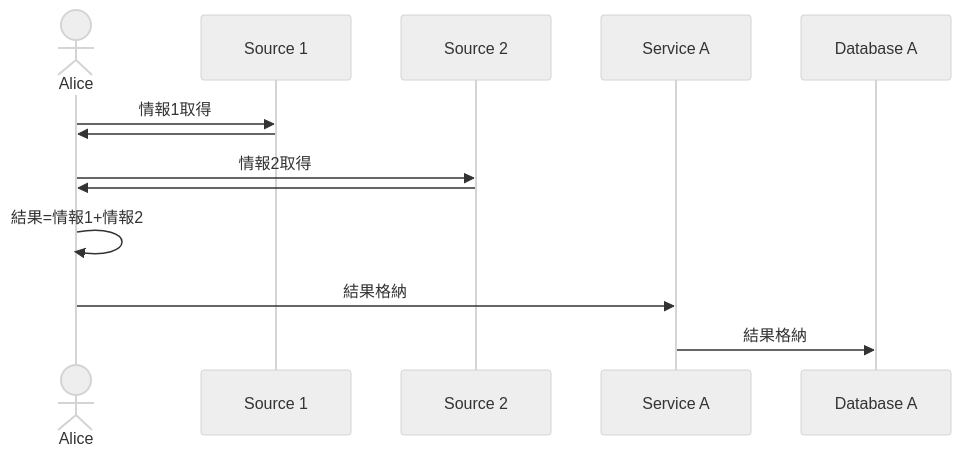
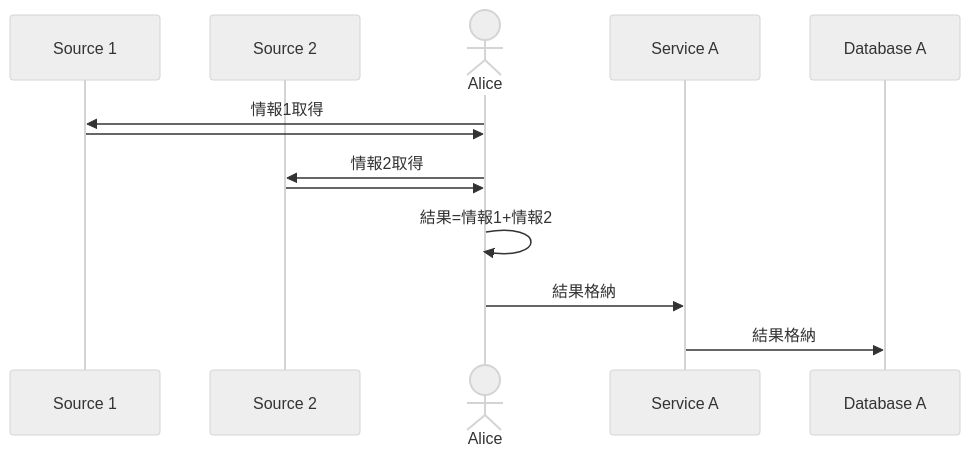
One commit to nota-ja/adventcalendar2022-memaid-example changed the diagram in sequence-example.md. Above: the diagram before and after it, drawn with Mermaid (neutral theme). The commit also changed other lines of this file, not shown here.

First line of the commit message:
Sequence V0.1: Change order of participants

````diff
--- a/sequence-example.md
+++ b/sequence-example.md
@@ -1,16 +1,16 @@
 ```mermaid
 sequenceDiagram
-    actor Alice
     participant Source 1
     participant Source 2
+    actor Alice
     participant Service A
     participant Database A
 
     Alice->>Source 1: 情報1取得
     Source 1->>Alice: 
     Alice->>Source 2: 情報2取得
     Source 2->>Alice: 
     Alice->>Alice: 結果=情報1+情報2
     Alice->>Service A: 結果格納
     Service A->>Database A: 結果格納
 ```
````
